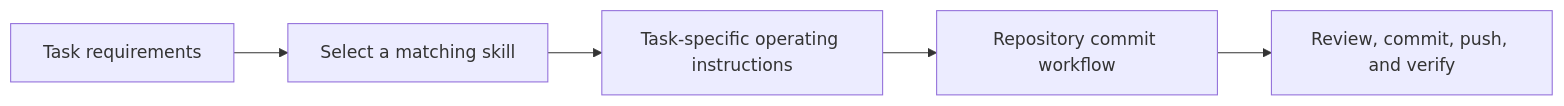
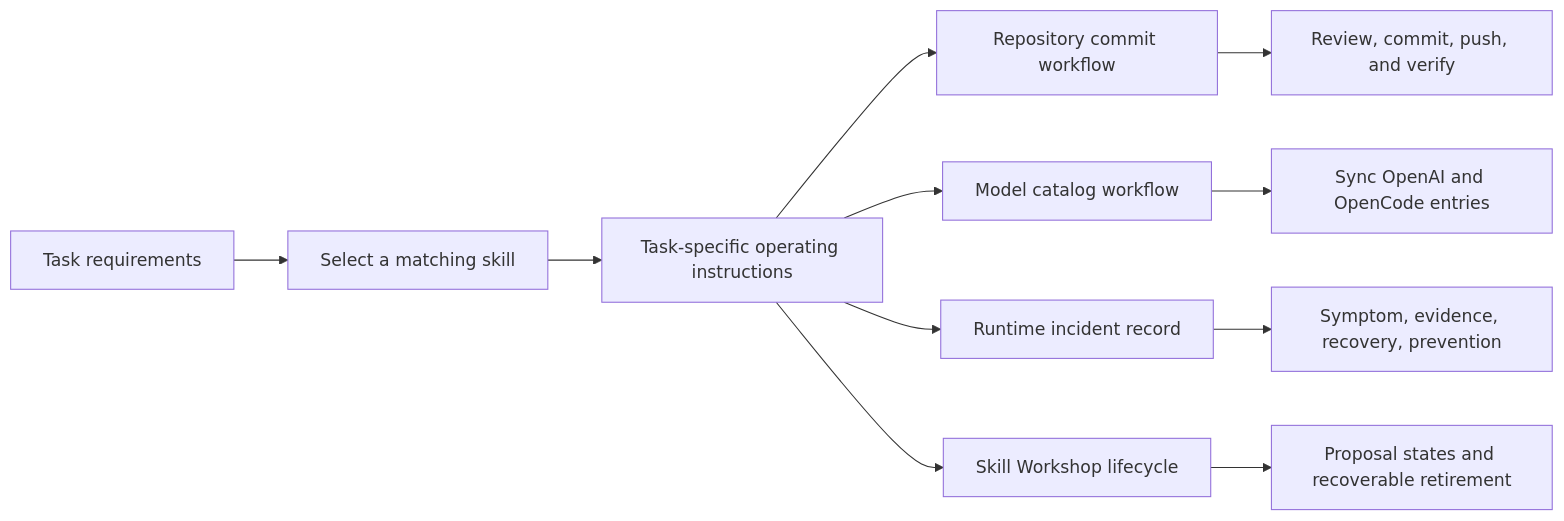
Before and after one commit to anoblet/copilot: the diagram in .agents/skills/readme.md, drawn with Mermaid. The commit also changed other lines of this file and 7 other files, not shown here.

First line of the commit message:
skills: add incident-record and Skill Workshop entrypoints

````diff
--- a/.agents/skills/readme.md
+++ b/.agents/skills/readme.md
@@ -6,7 +7,13 @@
 ```mermaid
 flowchart LR
     A["Task requirements"] --> B["Select a matching skill"]
     B --> C["Task-specific operating instructions"]
     C --> D["Repository commit workflow"]
     D --> E["Review, commit, push, and verify"]
+    C --> F["Model catalog workflow"]
+    F --> G["Sync OpenAI and OpenCode entries"]
+    C --> H["Runtime incident record"]
+    H --> I["Symptom, evidence, recovery, prevention"]
+    C --> J["Skill Workshop lifecycle"]
+    J --> K["Proposal states and recoverable retirement"]
 ```
````
